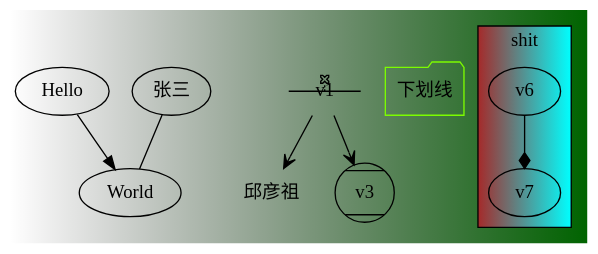
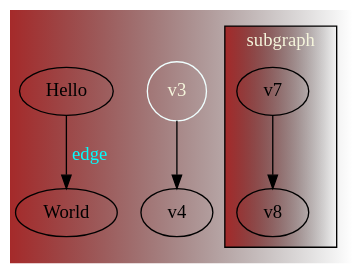
One commit to Qiu-Weidong/vscode-graphviz-extension changed the diagram in examples/hello.dot. Above: the diagram before and after it, drawn with Graphviz. The commit also changed 1 other file, not shown here.

```diff
--- a/examples/hello.dot
+++ b/examples/hello.dot
@@ -1,24 +1,14 @@
 digraph G{
-  Hello -> World;
-  bgcolor="transparent:darkgreen:crimson:transparent";
-  v1 [shape="ribosite"];
-  v2 [shape="plaintext", label="邱彦祖"];
-  v1 -> v2 [arrowhead="vee"];
-  v1 -> v3 [arrowhead="open"];
-  "张三" -> "World" [dir="none"];
-  v3 [shape="Mcircle"];
-  charset="utf-8";
-  v4 [color="lawngreen", shape="folder", label="下划线"];
-  
-  subgraph cluster_0 {
-    label="shit";
-    v6 -> v7 [arrowhead=diamond];
-    bgcolor="brown:aqua:transparent";
+  // node [fontcolor=aquamarine];
+  Hello -> World [label="edge", fontcolor="aqua"];
+  fontcolor="beige";
+  bgcolor="brown:transparent";
+
+  v3 [shape=circle, color=azure, fontcolor=beige];
+  v3 -> v4;
+
+  subgraph cluster_3 {
+    v7 -> v8;
+    label="subgraph";
   }
-
-  // subgraph cluster_1 {
-  //   v8 -> v9 [arrowhead=crow];
-  // }
-
-
 }
```
